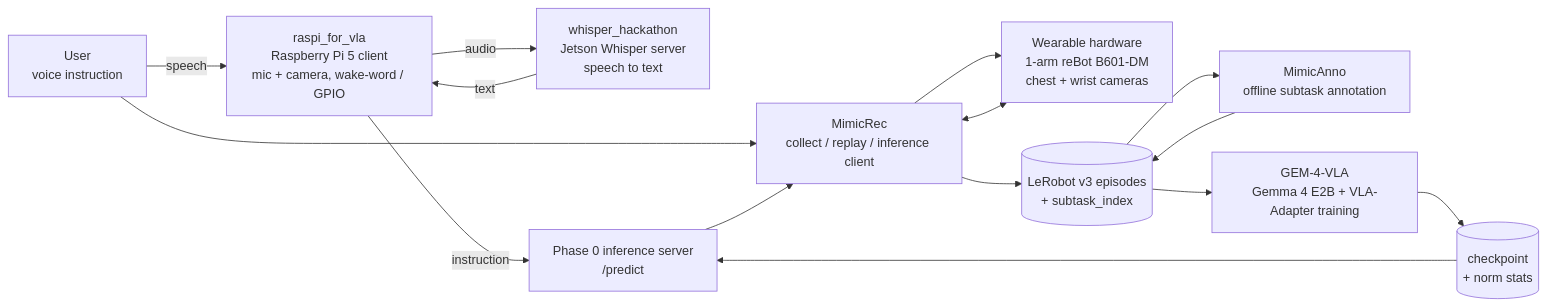
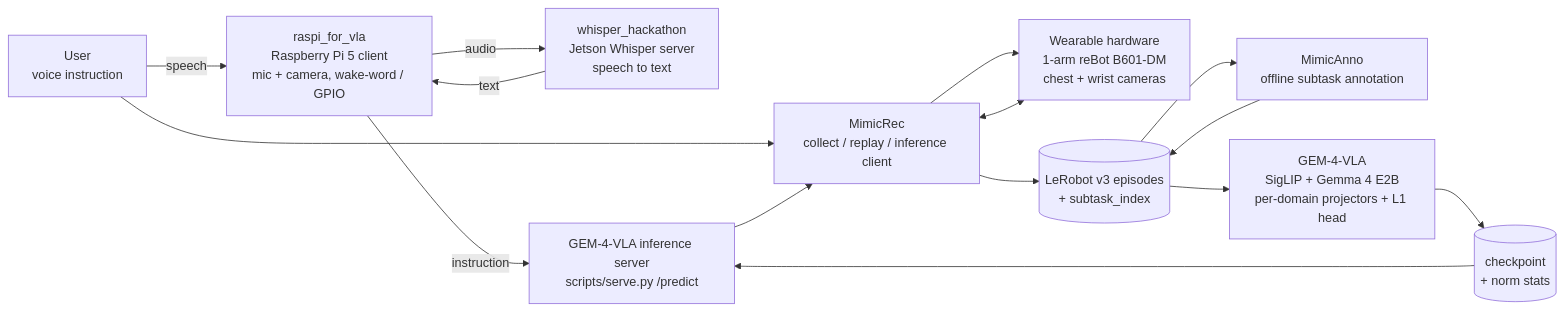
One commit to takaki-maeda-99/GEM-4 changed the diagram in README.ja.md. Above: the diagram before and after it, drawn with Mermaid. The commit also changed other lines of this file and 1 other file, not shown here.

First line of the commit message:
docs(readme): refresh benchmarks, badges, and architecture description

````diff
--- a/README.ja.md
+++ b/README.ja.md
@@ -70,28 +67,28 @@
 ```mermaid
 flowchart LR
     User["User<br/>voice instruction"]
     Raspi["raspi_for_vla<br/>Raspberry Pi 5 client<br/>mic + camera, wake-word / GPIO"]
     Whisper["whisper_hackathon<br/>Jetson Whisper server<br/>speech to text"]
     HW["Wearable hardware<br/>1-arm reBot B601-DM<br/>chest + wrist cameras"]
     Rec["MimicRec<br/>collect / replay / inference client"]
     Anno["MimicAnno<br/>offline subtask annotation"]
-    Train["GEM-4-VLA<br/>Gemma 4 E2B + VLA-Adapter training"]
-    Infer["Phase 0 inference server<br/>/predict"]
+    Train["GEM-4-VLA<br/>SigLIP + Gemma 4 E2B<br/>per-domain projectors + L1 head"]
+    Infer["GEM-4-VLA inference server<br/>scripts/serve.py /predict"]
     Data[("LeRobot v3 episodes<br/>+ subtask_index")]
     Ckpt[("checkpoint<br/>+ norm stats")]
 
     User -->|speech| Raspi
     Raspi -->|audio| Whisper
     Whisper -->|text| Raspi
     Raspi -->|instruction| Infer
     User --> Rec
     HW <--> Rec
     Rec --> Data
     Data --> Anno
     Anno --> Data
     Data --> Train
     Train --> Ckpt
     Ckpt --> Infer
     Infer --> Rec
     Rec --> HW
 ```
````
